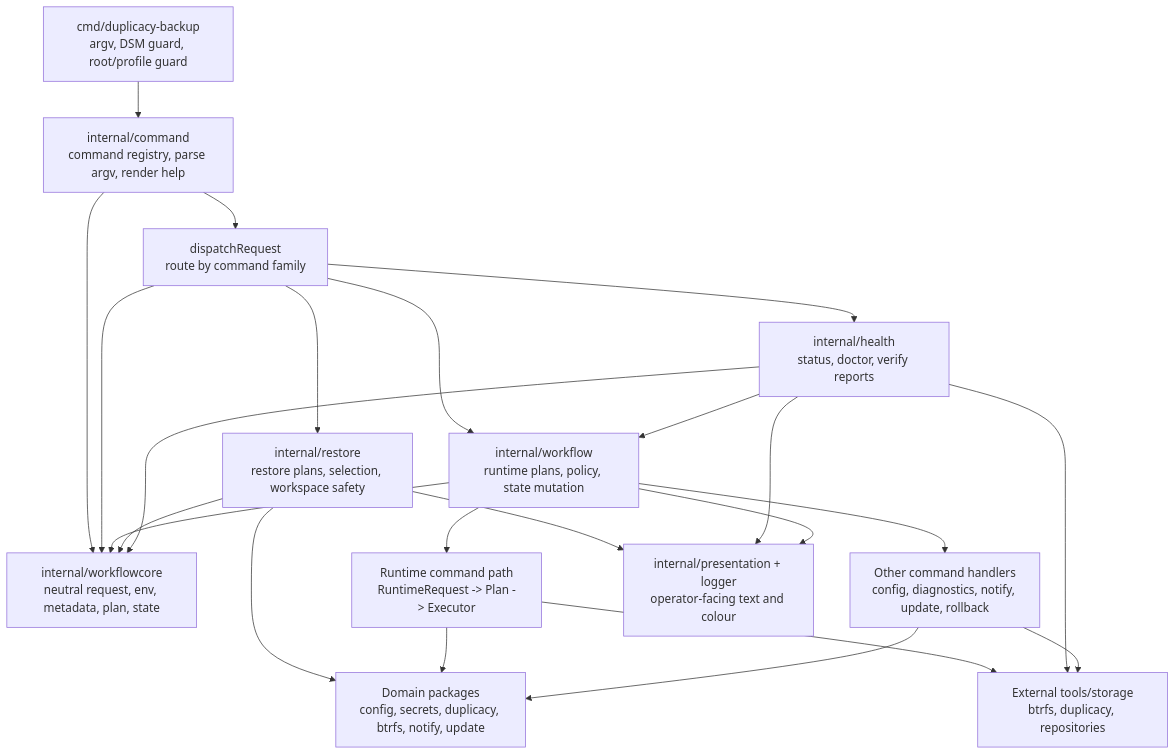
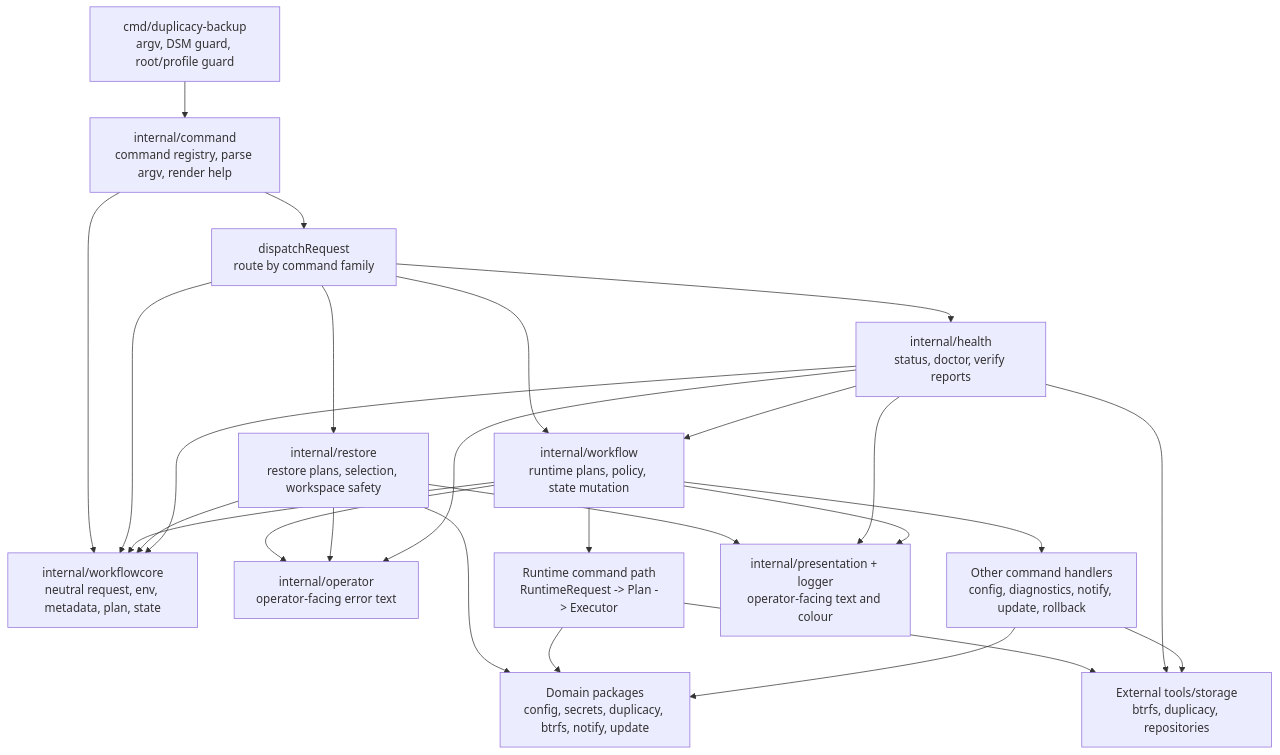
The diagram in docs/architecture.md (phillipmcmahon/synology-duplicacy-backup), drawn with Mermaid before and after one commit. The commit also changed other lines of this file and 24 other files, not shown here.

Commit message:
Complete typed command registry architecture

````diff
--- a/docs/architecture.md
+++ b/docs/architecture.md
@@ -22,38 +22,42 @@
 ```mermaid
 flowchart TD
     CLI["cmd/duplicacy-backup<br/>argv, DSM guard, root/profile guard"]
     Command["internal/command<br/>command registry, parse argv, render help"]
     Dispatch["dispatchRequest<br/>route by command family"]
     Core["internal/workflowcore<br/>neutral request, env, metadata, plan, state"]
     Workflow["internal/workflow<br/>runtime plans, policy, state mutation"]
     Restore["internal/restore<br/>restore plans, selection, workspace safety"]
     Health["internal/health<br/>status, doctor, verify reports"]
+    Operator["internal/operator<br/>operator-facing error text"]
     RuntimeFlow["Runtime command path<br/>RuntimeRequest -> Plan -> Executor"]
     CommandHandlers["Other command handlers<br/>config, diagnostics, notify, update, rollback"]
     Domains["Domain packages<br/>config, secrets, duplicacy, btrfs, notify, update"]
     Presentation["internal/presentation + logger<br/>operator-facing text and colour"]
     External["External tools/storage<br/>btrfs, duplicacy, repositories"]
 
     CLI --> Command
     Command --> Core
     Command --> Dispatch
     Dispatch --> Core
     Dispatch --> Workflow
     Dispatch --> Restore
     Dispatch --> Health
     Workflow --> Core
     Restore --> Core
     Health --> Core
     Health --> Workflow
     Workflow --> RuntimeFlow
     Workflow --> CommandHandlers
     Restore --> Domains
     Restore --> Presentation
     Health --> Presentation
+    Workflow --> Operator
+    Restore --> Operator
+    Health --> Operator
     RuntimeFlow --> Domains
     CommandHandlers --> Domains
     RuntimeFlow --> External
     Health --> External
     CommandHandlers --> External
     Workflow --> Presentation
 ```
````
